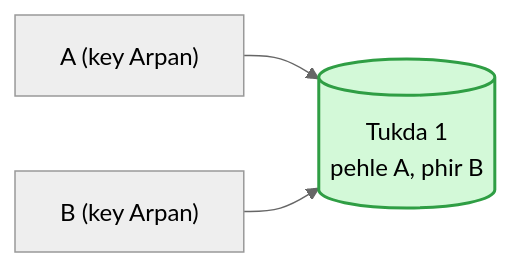
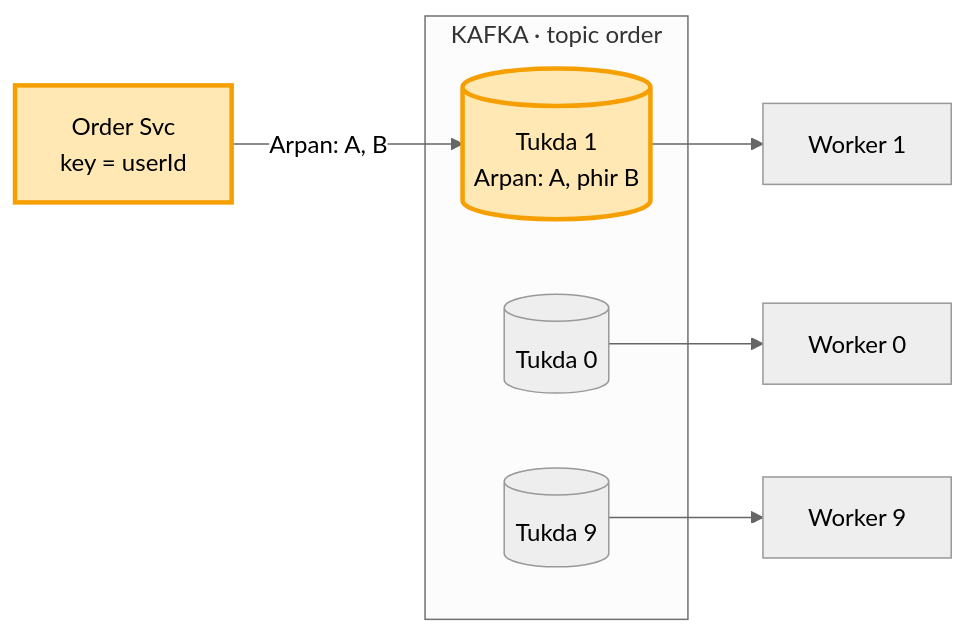
One commit to ArpanMaheshwari144/Prep changed the seventh of 18 diagrams in 04_HLD/SYSTEM_DESIGNS/12_message_queue_kafka/kafka_seedha.md. Above: the diagram before and after it, drawn with Mermaid (neutral theme). The commit also changed other lines of this file, not shown here.

Commit message:
kafka seedha: ek behti kahani, label nahi, har kadam ka design pichhle ko badhata

````diff
--- a/04_HLD/SYSTEM_DESIGNS/12_message_queue_kafka/kafka_seedha.md
+++ b/04_HLD/SYSTEM_DESIGNS/12_message_queue_kafka/kafka_seedha.md
@@ -150,6 +156,14 @@
 ```mermaid
 flowchart LR
-    A["A (key Arpan)"] --> P1[("Tukda 1<br/>pehle A, phir B")]
-    B["B (key Arpan)"] --> P1
-    style P1 fill:#d3f9d8,stroke:#2f9e44,stroke-width:2px,color:#000
+    O["Order Svc<br/>key = userId"] -- "Arpan: A, B" --> P1
+    subgraph K["KAFKA · topic order"]
+        P0[("Tukda 0")]
+        P1[("Tukda 1<br/>Arpan: A, phir B")]
+        P9[("Tukda 9")]
+    end
+    P0 --> W0["Worker 0"]
+    P1 --> W1["Worker 1"]
+    P9 --> W9["Worker 9"]
+    style O fill:#ffe8b3,stroke:#f59f00,stroke-width:3px,color:#000
+    style P1 fill:#ffe8b3,stroke:#f59f00,stroke-width:3px,color:#000
 ```
````
